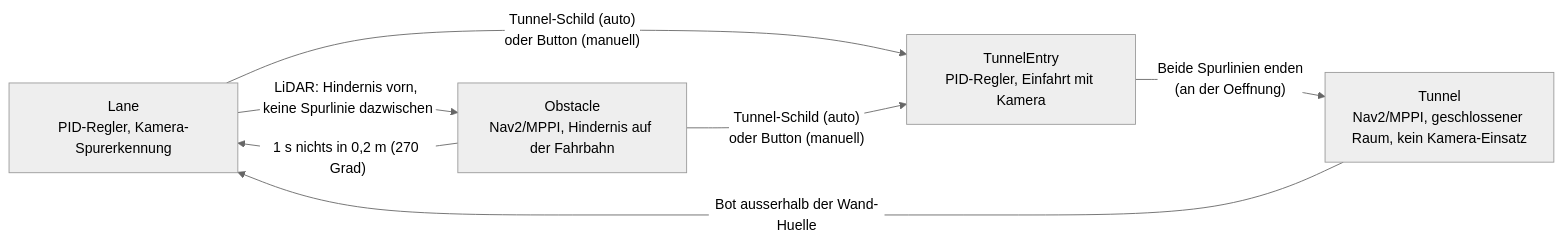
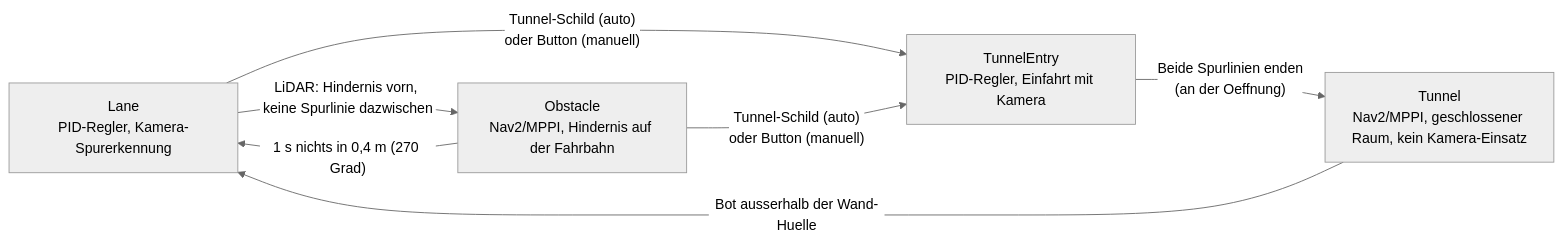
The first of 3 diagrams in docs/Nav2LocalCoastmap_Doku.md (NaiRolF878/TurtleBot3-URMC), drawn with Mermaid (neutral theme) before and after one commit. The commit also changed other lines of this file and 9 other files, not shown here.

````diff
--- a/docs/Nav2LocalCoastmap_Doku.md
+++ b/docs/Nav2LocalCoastmap_Doku.md
@@ -22,14 +22,14 @@
 ```mermaid
 flowchart LR
     Lane["Lane\nPID-Regler, Kamera-Spurerkennung"]
     Obstacle["Obstacle\nNav2/MPPI, Hindernis auf der Fahrbahn"]
     Tunnel["Tunnel\nNav2/MPPI, geschlossener Raum, kein Kamera-Einsatz"]
 
     Lane -- "LiDAR: Hindernis vorn, keine Spurlinie dazwischen" --> Obstacle
-    Obstacle -- "1 s nichts in 0,2 m (270 Grad)" --> Lane
+    Obstacle -- "1 s nichts in 0,4 m (270 Grad)" --> Lane
     TunnelEntry["TunnelEntry\nPID-Regler, Einfahrt mit Kamera"]
     Lane -- "Tunnel-Schild (auto)\noder Button (manuell)" --> TunnelEntry
     Obstacle -- "Tunnel-Schild (auto)\noder Button (manuell)" --> TunnelEntry
     TunnelEntry -- "Beide Spurlinien enden\n(an der Oeffnung)" --> Tunnel
     Tunnel -- "Bot ausserhalb der Wand-Huelle" --> Lane
 ```
````
